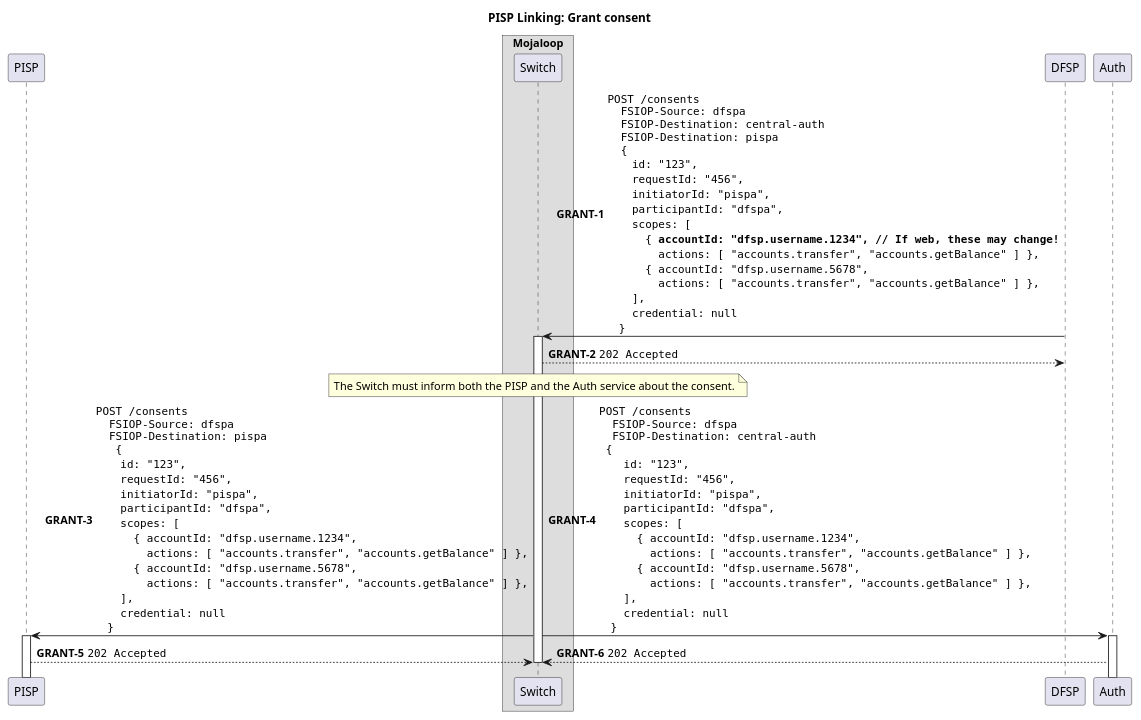
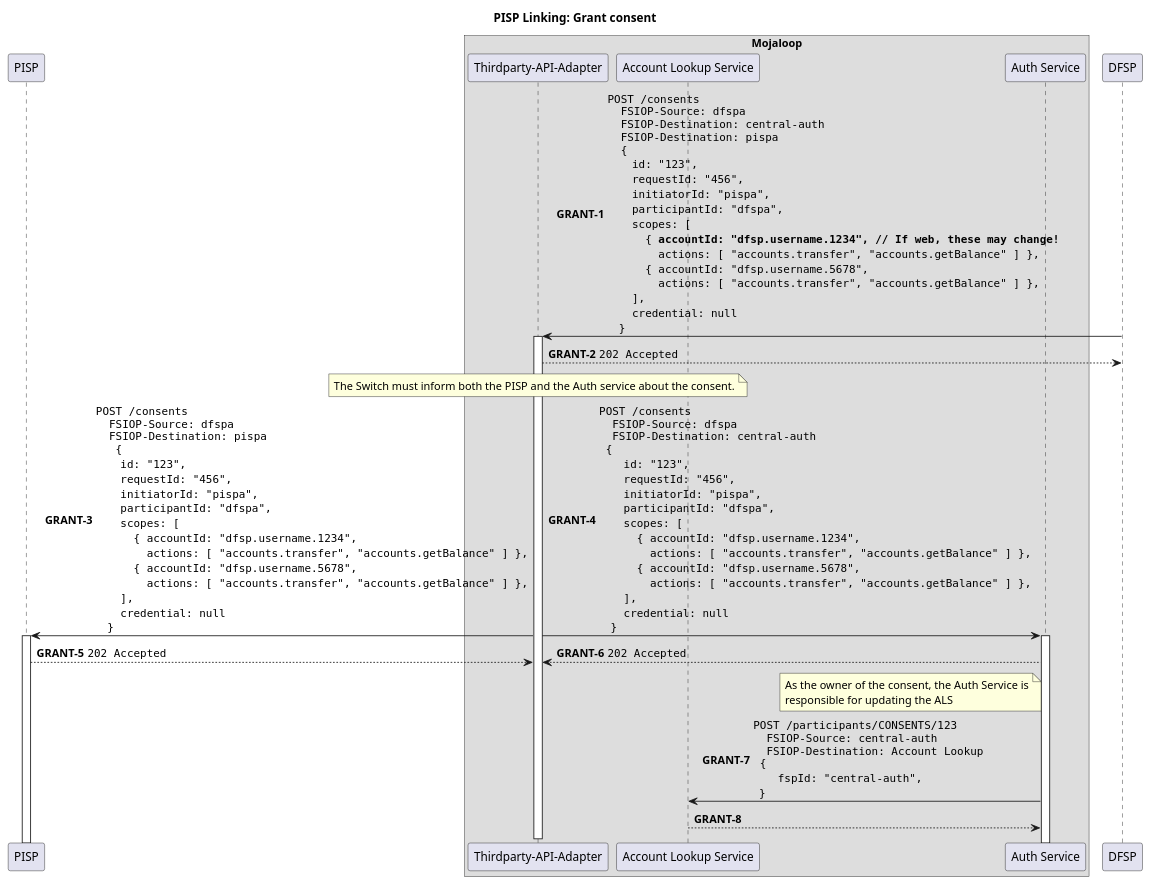
One commit to mojaloop/pisp-project changed the diagram in docs/linking/4-grant-consent.puml. Above: the diagram before and after it, drawn with PlantUML. The commit also changed 3 other files, not shown here.

Commit message:
feat(docs): update auth-service related diagrams to clarify routing

```diff
--- a/docs/linking/4-grant-consent.puml
+++ b/docs/linking/4-grant-consent.puml
@@ -1,79 +1,95 @@
 @startuml
 
 !pragma teoz true
 
 title PISP Linking: Grant consent
 
 participant "PISP" as PISP
 
 box "Mojaloop"
-    participant Switch
+    participant "Thirdparty-API-Adapter" as Switch
+    participant "Account Lookup Service" as ALS
+    participant "Auth Service" as Auth
 end box
 
 participant "DFSP" as DFSP
 
 autonumber 1 "<b>GRANT-#</b>"
 
 DFSP -> Switch ++: ""POST /consents""\n\
 ""  FSIOP-Source: dfspa""\n\
 ""  FSIOP-Destination: central-auth""\n\
 ""  FSIOP-Destination: pispa""\n\
 ""  {""\n\
     ""  id: "123",""\n\
     ""  requestId: "456",""\n\
     ""  initiatorId: "pispa",""\n\
     ""  participantId: "dfspa",""\n\
     ""  scopes: [ ""\n\
     ""    { **accountId: "dfsp.username.1234", // If web, these may change!**""\n\
     ""      actions: [ "accounts.transfer", "accounts.getBalance" ] },""\n\
     ""    { accountId: "dfsp.username.5678",""\n\
     ""      actions: [ "accounts.transfer", "accounts.getBalance" ] },""\n\
     ""  ],""\n\
     ""  credential: null""\n\
     ""}""
 Switch --> DFSP: ""202 Accepted""
 deactivate DFSP
 
 note over Switch
   The Switch must inform both the PISP and the Auth service about the consent.
 end note
 
 Switch -> PISP ++: ""POST /consents""\n\
 ""  FSIOP-Source: dfspa""\n\
 ""  FSIOP-Destination: pispa""\n\
 ""   {""\n\
     ""  id: "123",""\n\
     ""  requestId: "456",""\n\
     ""  initiatorId: "pispa",""\n\
     ""  participantId: "dfspa",""\n\
     ""  scopes: [ ""\n\
     ""    { accountId: "dfsp.username.1234",""\n\
     ""      actions: [ "accounts.transfer", "accounts.getBalance" ] },""\n\
     ""    { accountId: "dfsp.username.5678",""\n\
     ""      actions: [ "accounts.transfer", "accounts.getBalance" ] },""\n\
     ""  ],""\n\
     ""  credential: null""\n\
     ""}""
 & Switch -> Auth ++: ""POST /consents""\n\
 ""  FSIOP-Source: dfspa""\n\
 ""  FSIOP-Destination: central-auth""\n\
 "" {""\n\
     ""  id: "123",""\n\
     ""  requestId: "456",""\n\
     ""  initiatorId: "pispa",""\n\
     ""  participantId: "dfspa",""\n\
     ""  scopes: [ ""\n\
     ""    { accountId: "dfsp.username.1234",""\n\
     ""      actions: [ "accounts.transfer", "accounts.getBalance" ] },""\n\
     ""    { accountId: "dfsp.username.5678",""\n\
     ""      actions: [ "accounts.transfer", "accounts.getBalance" ] },""\n\
     ""  ],""\n\
     ""  credential: null""\n\
     ""}""
 
 PISP --> Switch: ""202 Accepted""
 & Auth --> Switch: ""202 Accepted""
 
+note left of Auth
+  As the owner of the consent, the Auth Service is
+  responsible for updating the ALS
+end note
+
+Auth -> ALS: ""POST /participants/CONSENTS/123""\n\
+""  FSIOP-Source: central-auth""\n\
+""  FSIOP-Destination: Account Lookup""\n\
+"" {""\n\
+    ""  fspId: "central-auth",""\n\
+  ""}""
+
+ALS --> Auth:
+
 deactivate Switch
 
 @enduml
```
